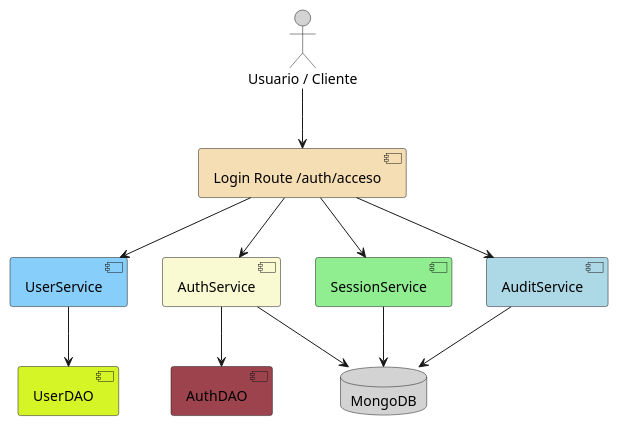
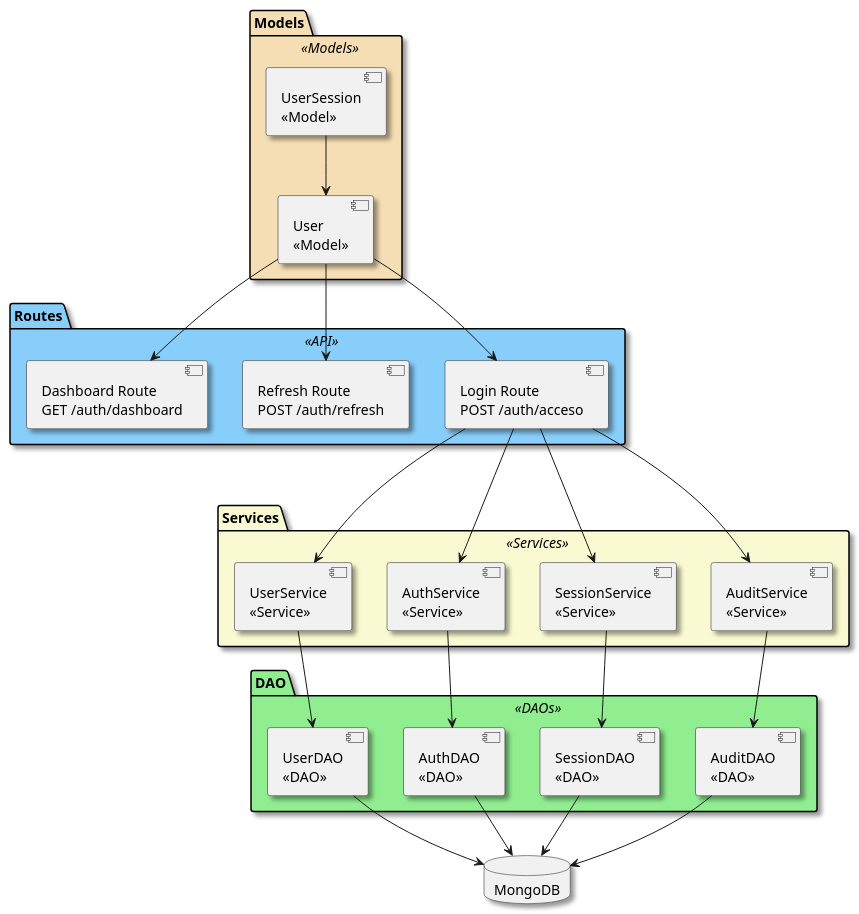
One commit to dev-ojeda/poc-manage-token changed the third of 4 diagrams in UML/login/diagrama_flujo_login.puml. Above: the diagram before and after it, drawn with PlantUML. The commit also changed other lines of this file and 6 other files, not shown here.

Commit message:
Update Diagramas

```diff
--- a/UML/login/diagrama_flujo_login.puml
+++ b/UML/login/diagrama_flujo_login.puml
@@ -78,26 +61,64 @@
 @startuml
-' ======================================================
-' 3. Diagrama de Componentes (Login)
-' ======================================================
-actor "Usuario / Cliente" as User #LightGray
+skinparam componentStyle component
+skinparam componentStyle package
+skinparam shadowing true
+skinparam component {
+  BackgroundColor<<API>> LightSkyBlue
+  BackgroundColor<<Services>> LightGoldenRodYellow
+  BackgroundColor<<DAOs>> LightGreen
+  BackgroundColor<<Models>> Wheat
+  BackgroundColor<<DB>> LightGray
+}
+skinparam package {
+  BackgroundColor<<API>> LightSkyBlue
+  BackgroundColor<<Services>> LightGoldenRodYellow
+  BackgroundColor<<DAOs>> LightGreen
+  BackgroundColor<<Models>> Wheat
+  BackgroundColor<<DB>> LightGray
+}
 
-component "Login Route /auth/acceso" as LoginRoute #Wheat
-component "UserService" #LightSkyBlue
-component "AuthService" #LightGoldenRodYellow
-component "SessionService" #LightGreen
-component "AuditService" #LightBlue
-component "UserDAO" #D6F527
-component "AuthDAO" #9C434E
-database "MongoDB" #LightGray
+package "Routes" <<API>> {
+    component "Login Route\nPOST /auth/acceso" as LoginRoute
+    component "Refresh Route\nPOST /auth/refresh" as RefreshRoute
+    component "Dashboard Route\nGET /auth/dashboard" as DashboardRoute
+}
+
+package "Services" <<Services>> {
+    component "UserService\n<<Service>>" as UserService
+    component "AuthService\n<<Service>>" as AuthService
+    component "SessionService\n<<Service>>" as SessionService
+    component "AuditService\n<<Service>>" as AuditService
+}
+
+package "DAO" <<DAOs>> {
+    component "UserDAO\n<<DAO>>" as UserDAO
+    component "AuthDAO\n<<DAO>>" as AuthDAO
+    component "AuditDAO\n<<DAO>>" as AuditDAO
+    component "SessionDAO\n<<DAO>>" as SessionDAO
+}
+
+package "Models" <<Models>> {
+    component "User\n<<Model>>" as User
+    component "UserSession\n<<Model>>" as UserSession
+}
+
+database "MongoDB" as DB
 
 User --> LoginRoute
+User --> RefreshRoute
+User --> DashboardRoute
+UserSession --> User
 LoginRoute --> UserService
+LoginRoute ---> AuthService
+LoginRoute --> SessionService
+LoginRoute --> AuditService
 UserService --> UserDAO
-LoginRoute --> AuthService
 AuthService --> AuthDAO
-AuthService --> MongoDB
-LoginRoute --> SessionService
-SessionService --> MongoDB
-LoginRoute --> AuditService
-AuditService --> MongoDB
+SessionService --> SessionDAO
+AuditService --> AuditDAO
+AuditDAO -> DB
+UserDAO --> DB
+AuthDAO --> DB
+SessionDAO --> DB
+
 @enduml
```
